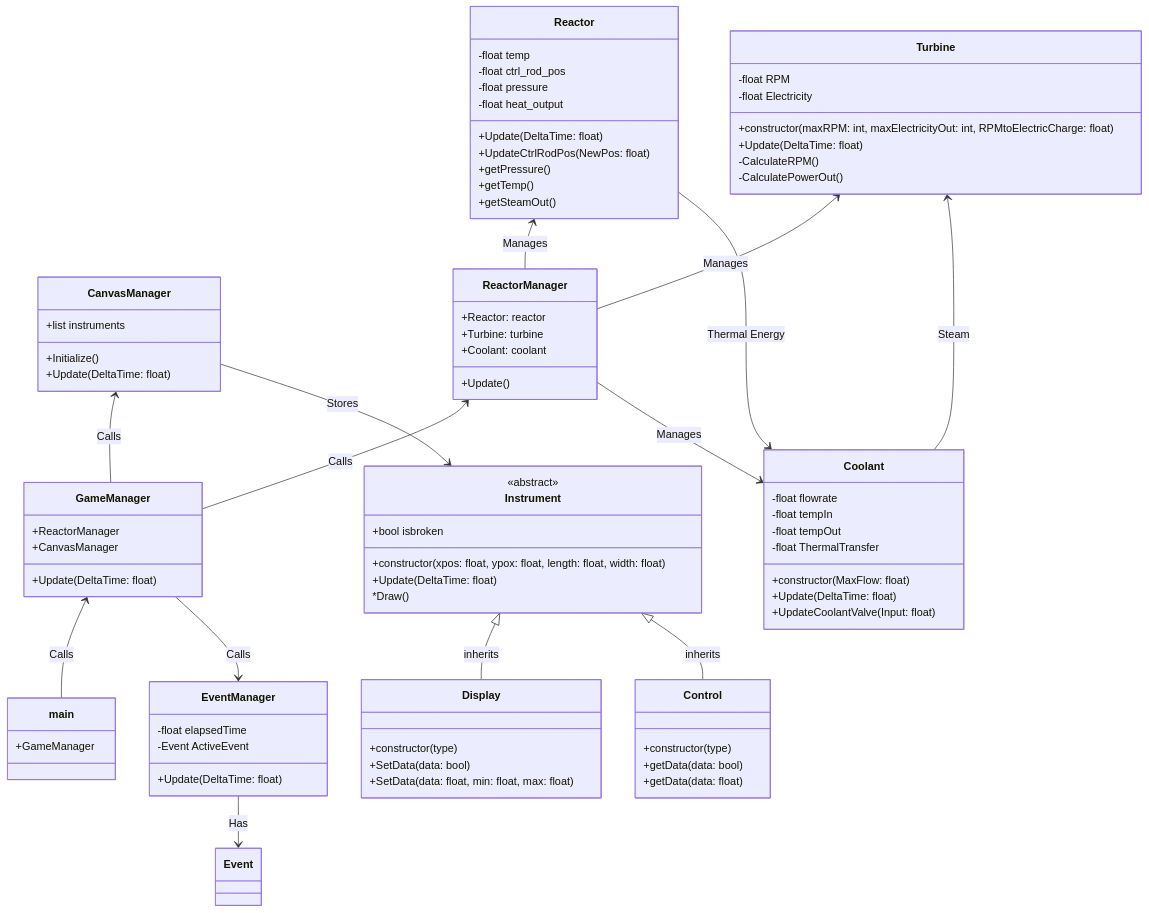
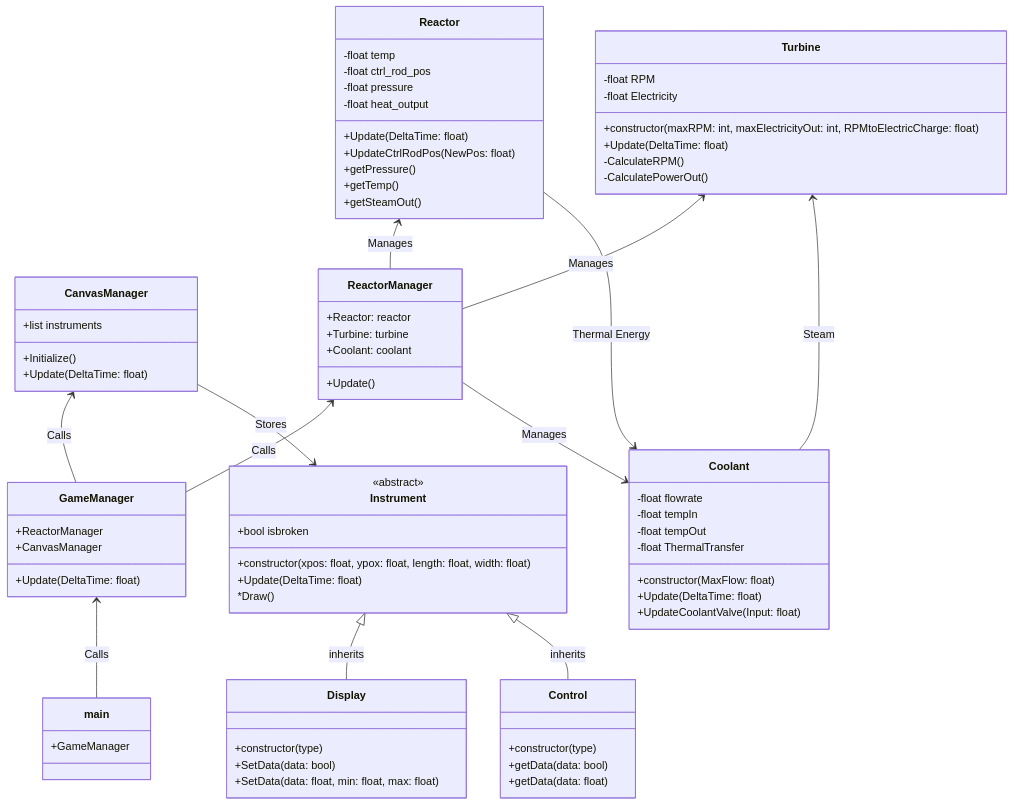
One commit to Icewav3/Cpp-Projects changed the diagram in ReactorSim/Reference/ClassDiagram.mermaid. Above: the diagram before and after it, drawn with Mermaid. The commit also changed 4 other files, not shown here.

```diff
--- a/ReactorSim/Reference/ClassDiagram.mermaid
+++ b/ReactorSim/Reference/ClassDiagram.mermaid
@@ -1,85 +1,76 @@
 classDiagram
     GameManager <-- main: Calls
     CanvasManager <-- GameManager: Calls
     ReactorManager <-- GameManager: Calls
     CanvasManager --> Instrument: Stores
     class main {
         +GameManager
     }
     class GameManager {
         +ReactorManager
         +CanvasManager
         +Update(DeltaTime: float)
     }
-    GameManager --> EventManager: Calls
-    class EventManager {
-        -float elapsedTime
-        -Event ActiveEvent
-        +Update(DeltaTime: float)
-    }
-    EventManager --> Event: Has
-    class Event {
-    }
     class CanvasManager {
-        +list<Instrument> instruments
+        +list<STD::shared_ptr Instrument> instruments
         +Initialize()
         +Update(DeltaTime: float)
     }
     class Instrument {
         <<abstract>>
         +constructor(xpos: float, ypox: float, length: float, width: float)
         +bool isbroken
         +Update(DeltaTime: float)
         *Draw()
     }
     Instrument <|-- Display: inherits
     class Display {
         +constructor(type)
         +SetData(data: bool)
         +SetData(data: float, min: float, max: float)
     }
     Instrument <|-- Control: inherits
     class Control {
         +constructor(type)
         +getData(data: bool)
         +getData(data: float)
     }
     class ReactorManager {
         +Reactor: reactor
         +Turbine: turbine
         +Coolant: coolant
         +Update()
     }
     Reactor <-- ReactorManager: Manages
     class Reactor {
         -float temp
         -float ctrl_rod_pos
         -float pressure
         -float heat_output
         +Update(DeltaTime: float)
         +UpdateCtrlRodPos(NewPos: float)
         +getPressure()
         +getTemp()
         +getSteamOut()
     }
     Reactor --> Coolant: Thermal Energy
     Turbine <-- ReactorManager: Manages
     class Turbine {
         +constructor(maxRPM: int, maxElectricityOut: int, RPMtoElectricCharge: float)
         -float RPM
         -float Electricity
         +Update(DeltaTime: float)
         -CalculateRPM()
         -CalculatePowerOut()
     }
     ReactorManager --> Coolant: Manages
     Turbine <-- Coolant: Steam
     class Coolant {
         +constructor(MaxFlow: float)
         -float flowrate
         -float tempIn
         -float tempOut
         -float ThermalTransfer
         +Update(DeltaTime: float)
         +UpdateCoolantValve(Input: float)
     }
```
